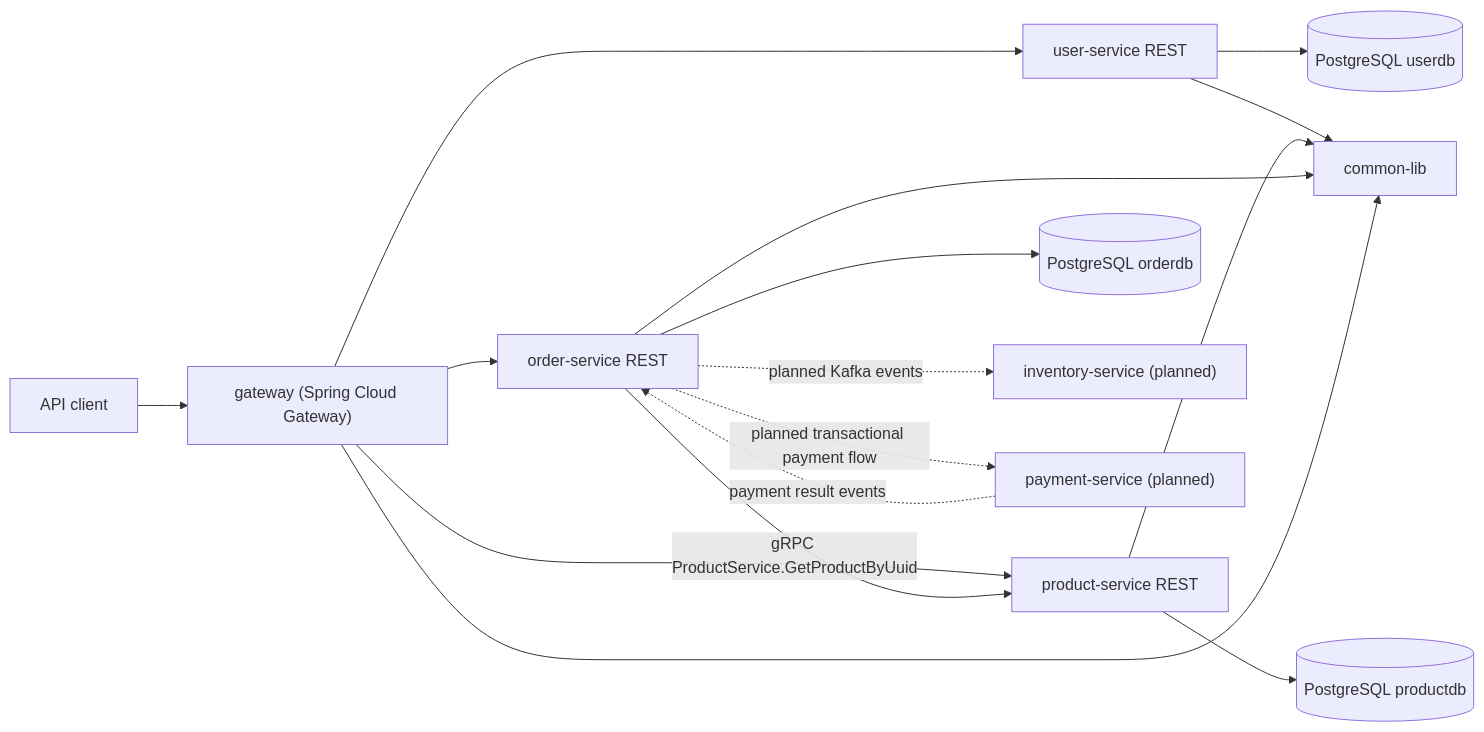
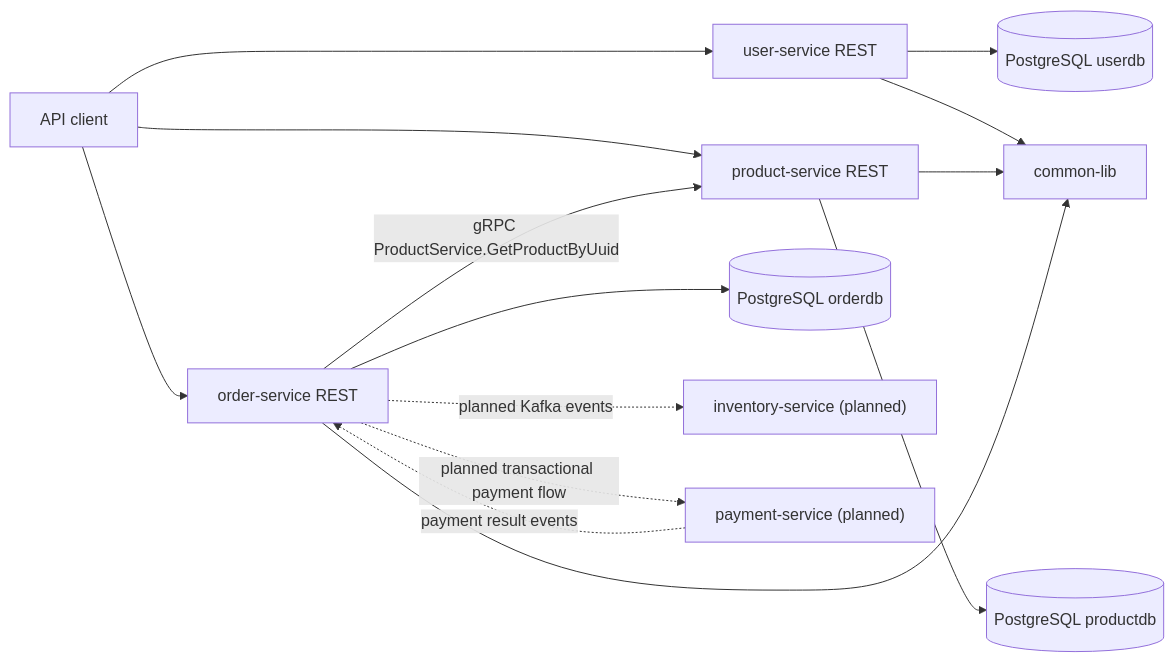
One commit to TroyTingle/e-commerce changed the diagram in README.md. Above: the diagram before and after it, drawn with Mermaid. The commit also changed other lines of this file and 17 other files, not shown here.

````diff
--- a/README.md
+++ b/README.md
@@ -7,21 +7,19 @@
 ```mermaid
 flowchart LR
-  Client["API client"] --> Gateway["gateway (Spring Cloud Gateway)"]
-  Gateway --> User["user-service REST"]
-  Gateway --> Product["product-service REST"]
-  Gateway --> Order["order-service REST"]
+  Client["API client"] --> User["user-service REST"]
+  Client["API client"] --> Product["product-service REST"]
+  Client["API client"] --> Order["order-service REST"]
 
   User --> UserDb[("PostgreSQL userdb")]
   Product --> ProductDb[("PostgreSQL productdb")]
   Order --> OrderDb[("PostgreSQL orderdb")]
 
   Order -->|"gRPC ProductService.GetProductByUuid"| Product
   Order -. "planned Kafka events" .-> Inventory["inventory-service (planned)"]
   Order -. "planned transactional payment flow" .-> Payment["payment-service (planned)"]
   Payment -. "payment result events" .-> Order
 
   User --> Common["common-lib"]
   Product --> Common
   Order --> Common
-  Gateway --> Common["common-lib"]
 ```
````
